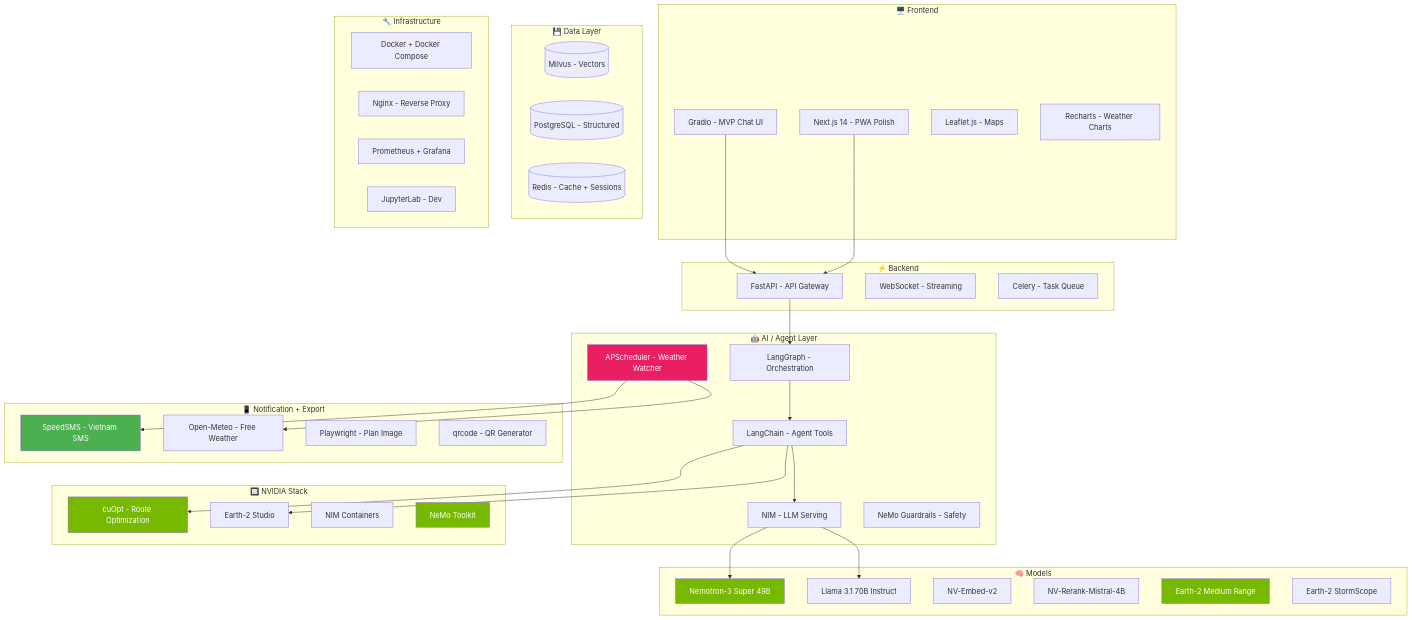
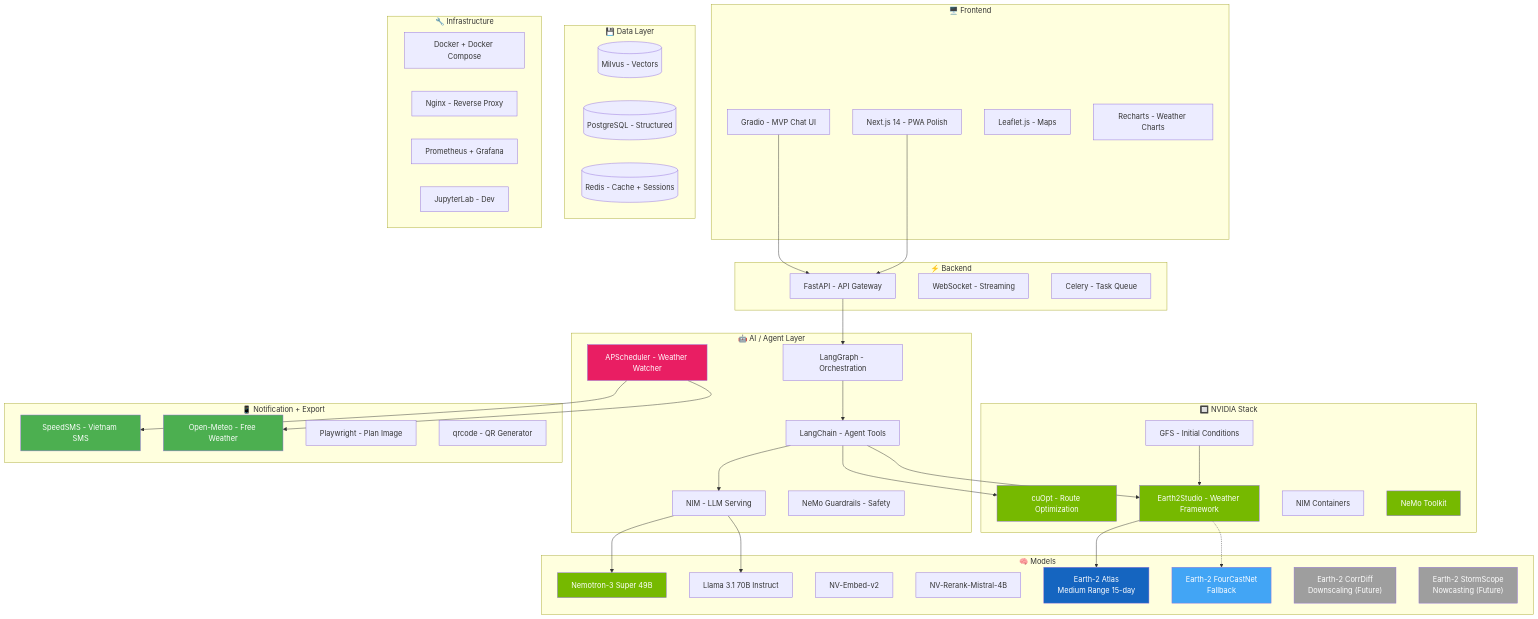
The ninth of 15 diagrams in documentation.md (BennedictQuanTon/WeatherRise-2026), drawn with Mermaid before and after one commit. The commit also changed other lines of this file and 1 other file, not shown here.

````diff
--- a/documentation.md
+++ b/documentation.md
@@ -922,8 +1038,10 @@
         LLAMA[Llama 3.1 70B Instruct]
         NVEMB[NV-Embed-v2]
         NVRR[NV-Rerank-Mistral-4B]
-        E2M[Earth-2 Medium Range]
-        E2S2[Earth-2 StormScope]
+        E2M[Earth-2 Atlas<br/>Medium Range 15-day]
+        E2FCN[Earth-2 FourCastNet<br/>Fallback]
+        E2CORR["Earth-2 CorrDiff<br/>Downscaling (Future)"]
+        E2STORM["Earth-2 StormScope<br/>Nowcasting (Future)"]
     end
 
     subgraph "💾 Data Layer"
@@ -941,7 +1059,8 @@
 
     subgraph "🔲 NVIDIA Stack"
         CU[cuOpt - Route Optimization]
-        E2S[Earth-2 Studio]
+        E2S[Earth2Studio - Weather Framework]
+        E2GFSDATA[GFS - Initial Conditions]
         NIM[NIM Containers]
         NEMO[NeMo Toolkit]
     end
@@ -962,13 +1081,21 @@
     LC --> E2S
     VLLM --> NEM
     VLLM --> LLAMA
+    E2GFSDATA --> E2S
+    E2S --> E2M
+    E2S -.-> E2FCN
     APS --> OME
     APS --> SMS
 
     style NEM fill:#76B900,color:#fff
-    style E2M fill:#76B900,color:#fff
+    style E2M fill:#1565C0,color:#fff
+    style E2FCN fill:#42A5F5,color:#fff
+    style E2CORR fill:#9E9E9E,color:#fff
+    style E2STORM fill:#9E9E9E,color:#fff
     style CU fill:#76B900,color:#fff
     style NEMO fill:#76B900,color:#fff
+    style E2S fill:#76B900,color:#fff
     style SMS fill:#4CAF50,color:#fff
     style APS fill:#E91E63,color:#fff
+    style OME fill:#4CAF50,color:#fff
 ```
````
